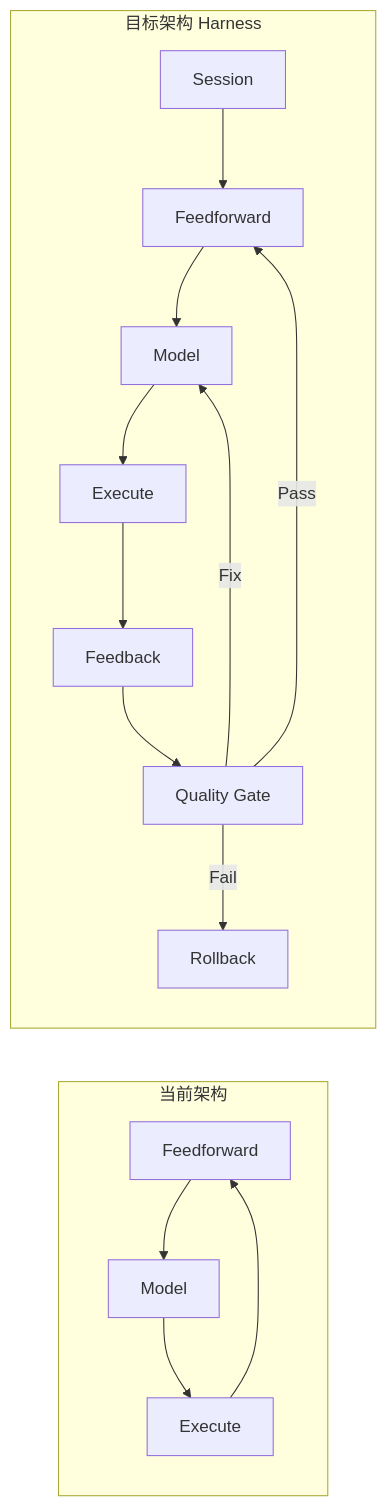
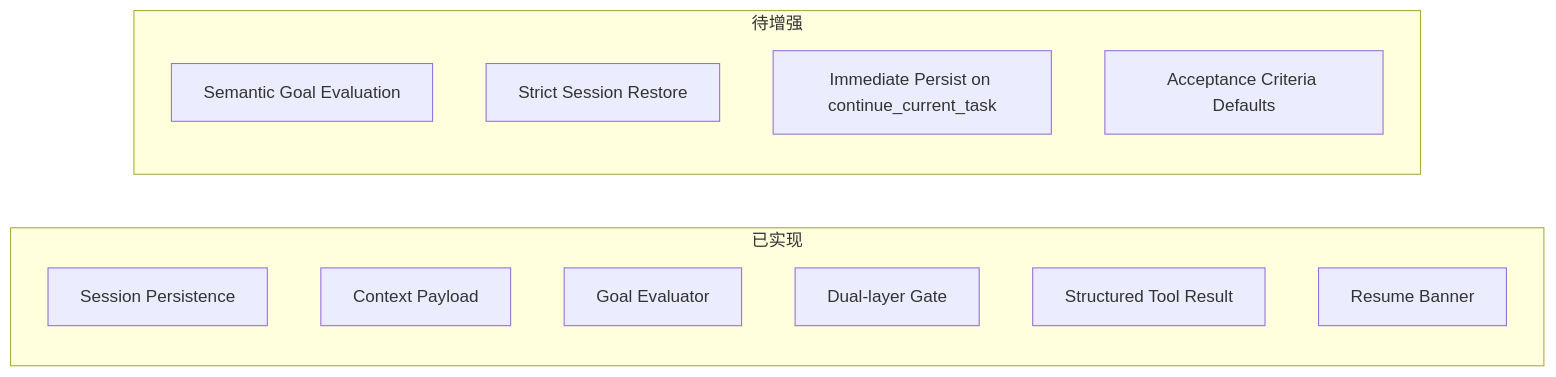
Before and after one commit to yapweijun1996/Printform-Generator: the diagram in 0_development/Printform-Generator/docs/AGENTIC_REFACTOR_PLAN.md, drawn with Mermaid. The commit also changed other lines of this file and 13 other files, not shown here.

````diff
--- a/0_development/Printform-Generator/docs/AGENTIC_REFACTOR_PLAN.md
+++ b/0_development/Printform-Generator/docs/AGENTIC_REFACTOR_PLAN.md
@@ -16,17 +16,18 @@
 ```mermaid
 graph LR
-    subgraph CURRENT["当前架构"]
-        C1[Feedforward] --> C2[Model] --> C3[Execute] --> C1
+    subgraph DONE["已实现"]
+        S1[Session Persistence]
+        S2[Context Payload]
+        S3[Goal Evaluator]
+        S4[Dual-layer Gate]
+        S5[Structured Tool Result]
+        S6[Resume Banner]
     end
-    
-    subgraph TARGET["目标架构 Harness"]
-        T1[Session] --> T2[Feedforward]
-        T2 --> T3[Model]
-        T3 --> T4[Execute]
-        T4 --> T5[Feedback]
-        T5 --> T6[Quality Gate]
-        T6 -->|Pass| T2
-        T6 -->|Fix| T3
-        T6 -->|Fail| T7[Rollback]
+
+    subgraph NEXT["待增强"]
+        N1[Semantic Goal Evaluation]
+        N2[Strict Session Restore]
+        N3[Immediate Persist on continue_current_task]
+        N4[Acceptance Criteria Defaults]
     end
 ```
````
